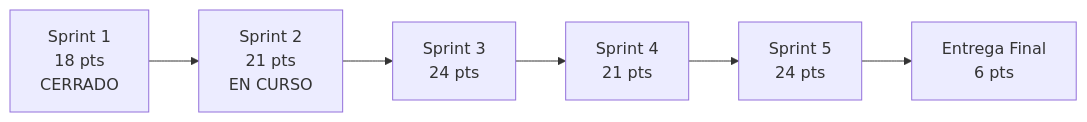
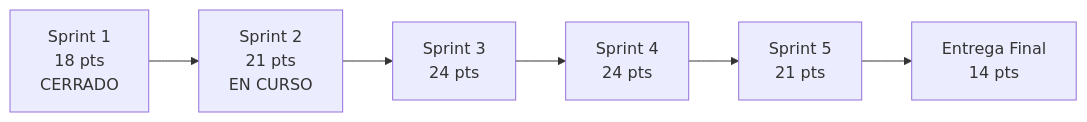
The diagram in Docs/Entrega-1/reporte-gerencial.md (Alexander-hub-co/Fundamentos_Ing_SW), drawn with Mermaid before and after one commit. The commit also changed other lines of this file and 1 other file, not shown here.

````diff
--- a/Docs/Entrega-1/reporte-gerencial.md
+++ b/Docs/Entrega-1/reporte-gerencial.md
@@ -33,10 +33,10 @@
 ```mermaid
 flowchart LR
     S1["Sprint 1<br/>18 pts<br/>CERRADO"]
     S2["Sprint 2<br/>21 pts<br/>EN CURSO"]
     S3["Sprint 3<br/>24 pts"]
-    S4["Sprint 4<br/>21 pts"]
-    S5["Sprint 5<br/>24 pts"]
-    EF["Entrega Final<br/>6 pts"]
+    S4["Sprint 4<br/>24 pts"]
+    S5["Sprint 5<br/>21 pts"]
+    EF["Entrega Final<br/>14 pts"]
     S1 --> S2 --> S3 --> S4 --> S5 --> EF
 ```
````
